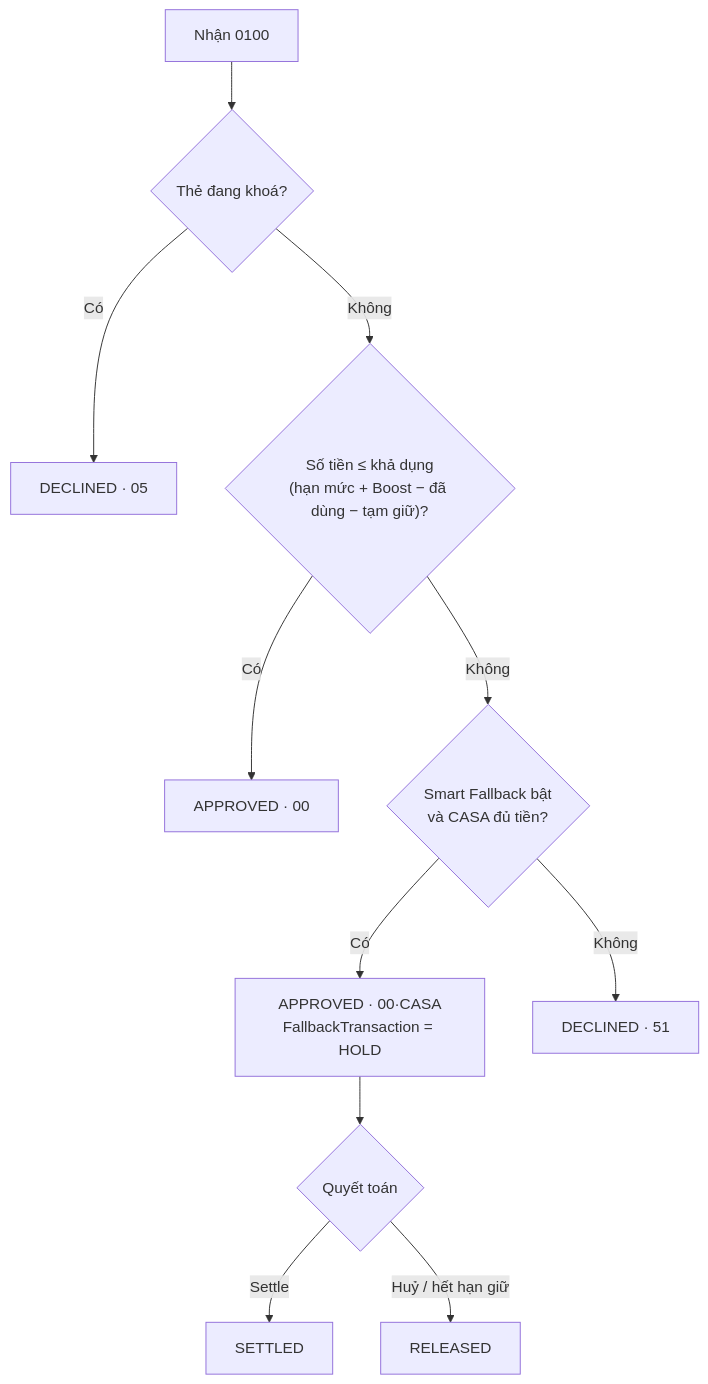
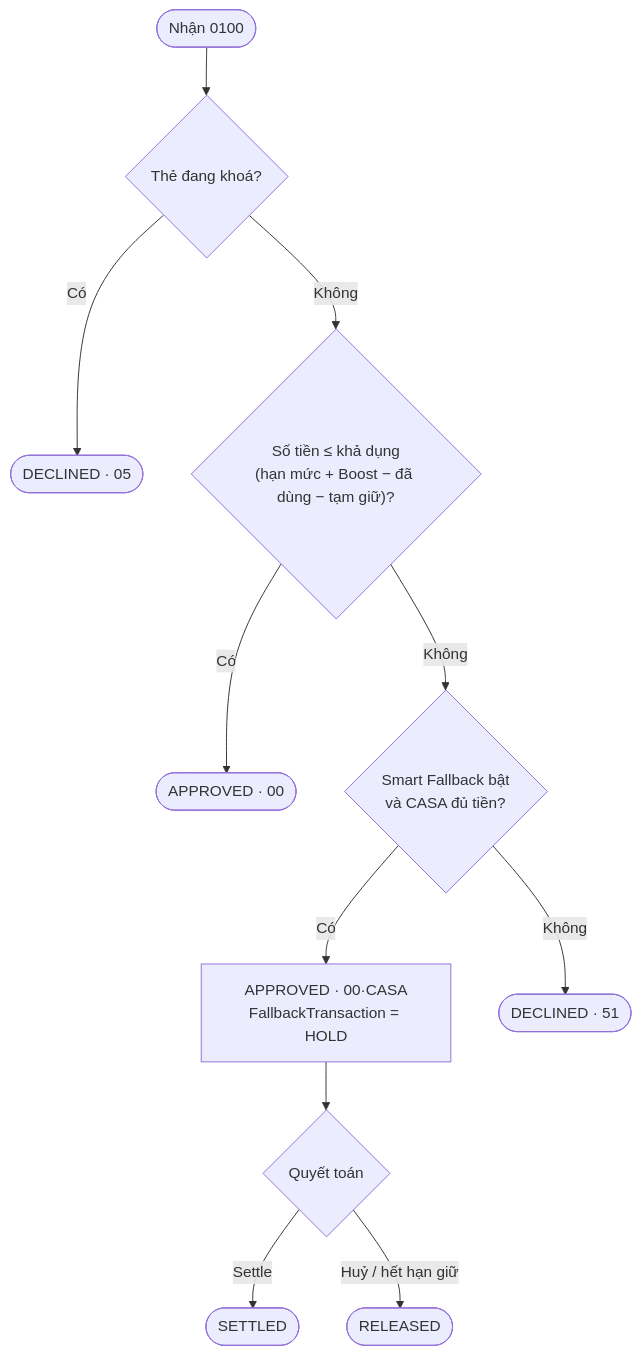
The second of 6 diagrams in docs/03-credit-limit/L01-credit-limit-flow.md (handao2303/aegis-ekyc-ui), drawn with Mermaid before and after one commit. The commit also changed other lines of this file and 54 other files, not shown here.

Commit message:
Full doc review: acceptance criteria for REQ-LIM-01..26, REQ-REC-21..24; header metadata (status, standard, version) completed on 24 docs; C03, Q01 approval; A03 API numbering note; start/end terminals on 10 process flowcharts; diagrams re-rendered

````diff
--- a/docs/03-credit-limit/L01-credit-limit-flow.md
+++ b/docs/03-credit-limit/L01-credit-limit-flow.md
@@ -56,13 +57,13 @@
 ```mermaid
 flowchart TD
-    A["Nhận 0100"] --> B{"Thẻ đang khoá?"}
-    B -- "Có" --> D1["DECLINED · 05"]
+    A(["Nhận 0100"]) --> B{"Thẻ đang khoá?"}
+    B -- "Có" --> D1(["DECLINED · 05"])
     B -- "Không" --> C{"Số tiền ≤ khả dụng<br/>(hạn mức + Boost − đã dùng − tạm giữ)?"}
-    C -- "Có" --> OK["APPROVED · 00"]
+    C -- "Có" --> OK(["APPROVED · 00"])
     C -- "Không" --> F{"Smart Fallback bật<br/>và CASA đủ tiền?"}
     F -- "Có" --> FB["APPROVED · 00·CASA<br/>FallbackTransaction = HOLD"]
-    F -- "Không" --> D2["DECLINED · 51"]
+    F -- "Không" --> D2(["DECLINED · 51"])
     FB --> S{"Quyết toán"}
-    S -- "Settle" --> ST["SETTLED"]
-    S -- "Huỷ / hết hạn giữ" --> RL["RELEASED"]
+    S -- "Settle" --> ST(["SETTLED"])
+    S -- "Huỷ / hết hạn giữ" --> RL(["RELEASED"])
 ```
````
